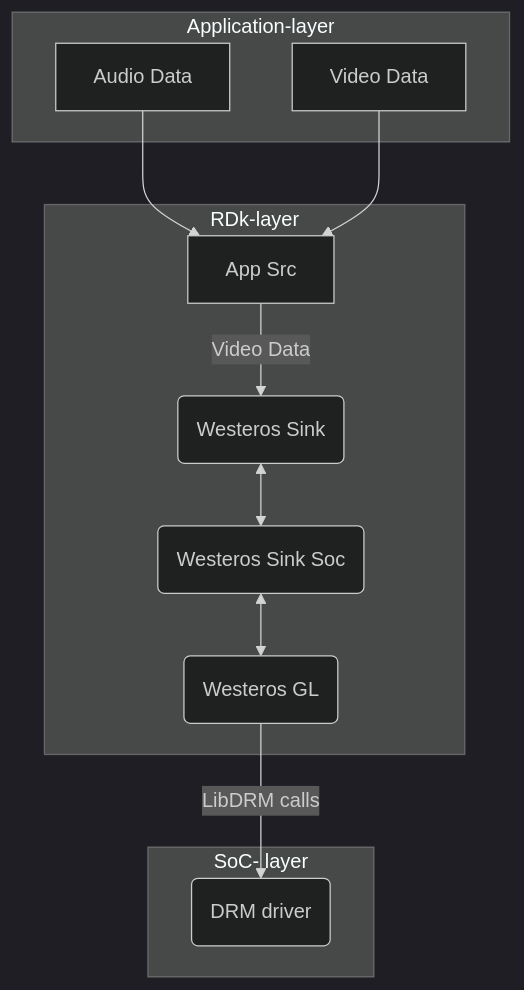
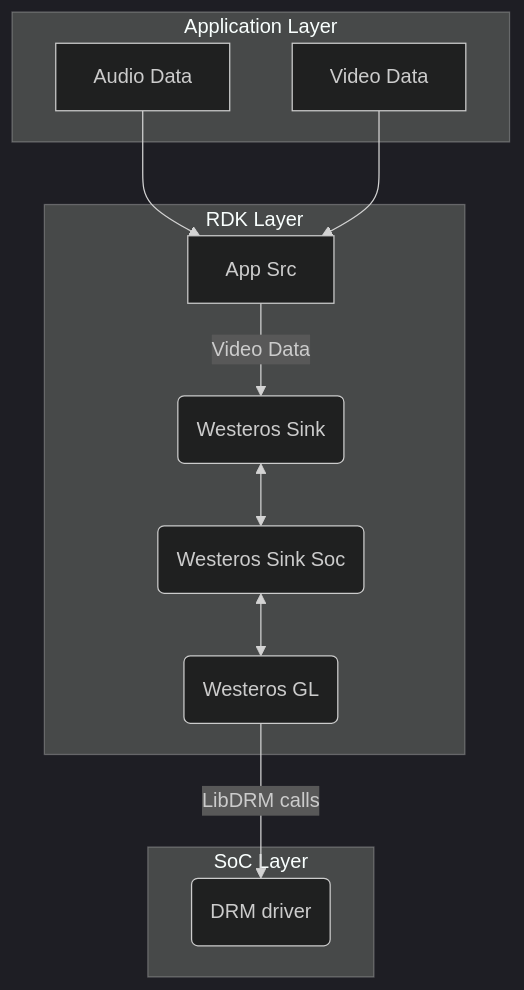
One commit to rdkcentral/rdk-halif-libdrm changed the diagram in docs/pages/libdrm.md. Above: the diagram before and after it, drawn with Mermaid (dark theme). The commit also changed other lines of this file, not shown here.

````diff
--- a/docs/pages/libdrm.md
+++ b/docs/pages/libdrm.md
@@ -43,17 +43,17 @@
 ```mermaid
 flowchart TD
-subgraph Application-layer
+subgraph Application Layer
 A[Audio Data]
 C[Video Data]
 end
     A[Audio Data] --> B[App Src]
     C[Video Data] --> B[App Src] 
-subgraph RDk-layer
+subgraph RDK Layer
     B -->|Video Data| D(Westeros Sink)
     D <-->E(Westeros Sink Soc)
     E <--> F(Westeros GL)
 end
-subgraph SoC- layer
+subgraph SoC Layer
     F --> |LibDRM calls| G(DRM driver)
 end
 ```
````
